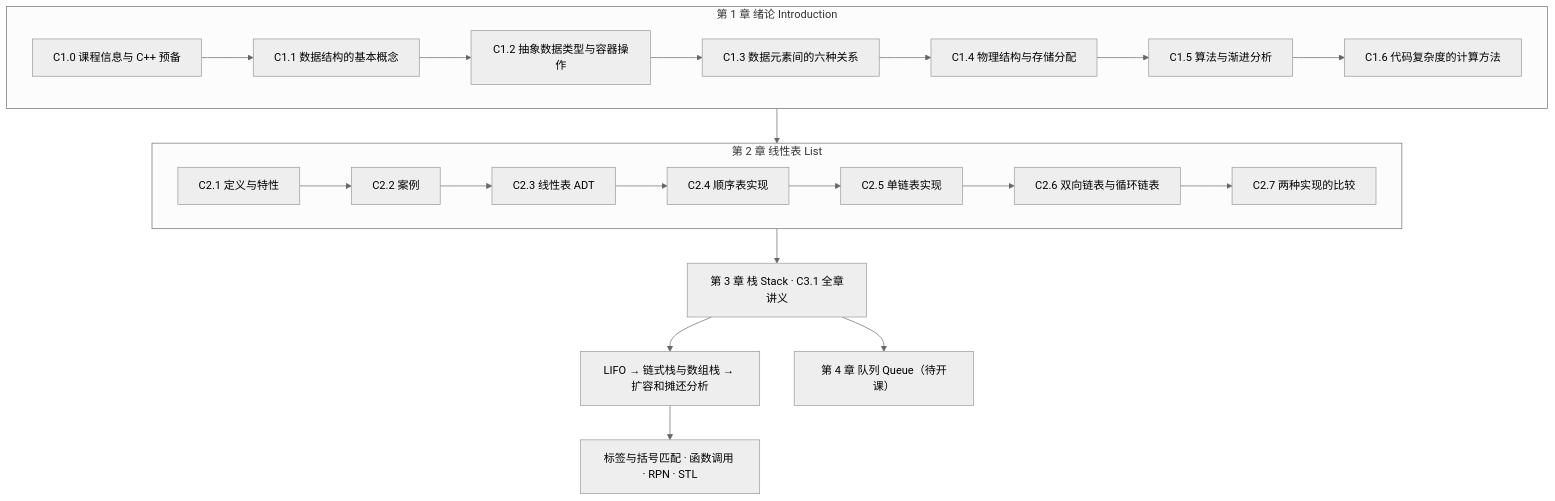
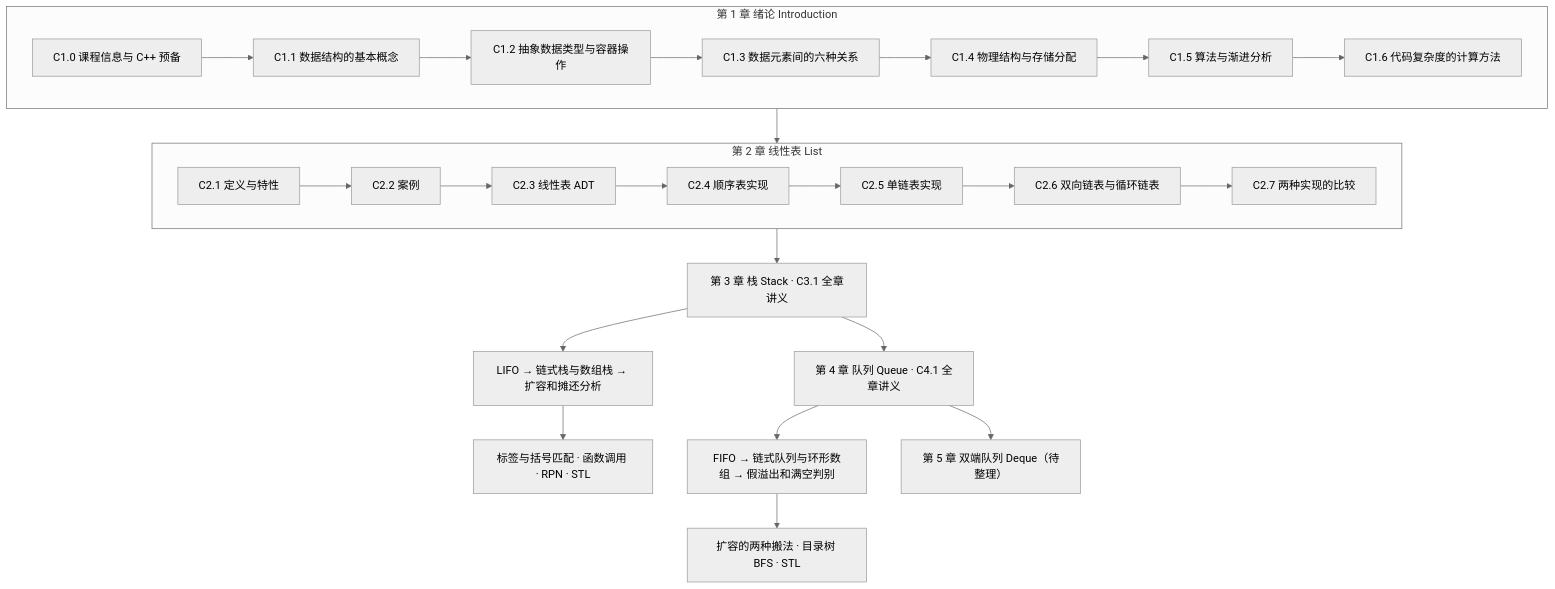
Before and after one commit to KayeAdams515/ClaudeNotes: the diagram in 数据结构/数据结构 MOC.md, drawn with Mermaid (neutral theme). The commit also changed other lines of this file and 74 other files, not shown here.

````diff
--- a/数据结构/数据结构 MOC.md
+++ b/数据结构/数据结构 MOC.md
@@ -26,28 +26,31 @@
 ```mermaid
 flowchart TB
   subgraph CH1["第 1 章 绪论 Introduction"]
     A0["C1.0 课程信息与 C++ 预备"]
     A1["C1.1 数据结构的基本概念"]
     A2["C1.2 抽象数据类型与容器操作"]
     A3["C1.3 数据元素间的六种关系"]
     A4["C1.4 物理结构与存储分配"]
     A5["C1.5 算法与渐进分析"]
     A6["C1.6 代码复杂度的计算方法"]
     A0-->A1-->A2-->A3-->A4-->A5-->A6
   end
   subgraph CH2["第 2 章 线性表 List"]
     B1["C2.1 定义与特性"]
     B2["C2.2 案例"]
     B3["C2.3 线性表 ADT"]
     B4["C2.4 顺序表实现"]
     B5["C2.5 单链表实现"]
     B6["C2.6 双向链表与循环链表"]
     B7["C2.7 两种实现的比较"]
     B1-->B2-->B3-->B4-->B5-->B6-->B7
   end
   CH1 --> CH2
   CH2 --> CH3["第 3 章 栈 Stack · C3.1 全章讲义"]
   CH3 --> S1["LIFO → 链式栈与数组栈 → 扩容和摊还分析"]
   S1 --> S2["标签与括号匹配 · 函数调用 · RPN · STL"]
-  CH3 --> CH4["第 4 章 队列 Queue（待开课）"]
+  CH3 --> CH4["第 4 章 队列 Queue · C4.1 全章讲义"]
+  CH4 --> Q1["FIFO → 链式队列与环形数组 → 假溢出和满空判别"]
+  Q1 --> Q2["扩容的两种搬法 · 目录树 BFS · STL"]
+  CH4 --> CH5["第 5 章 双端队列 Deque（待整理）"]
 ```
````
